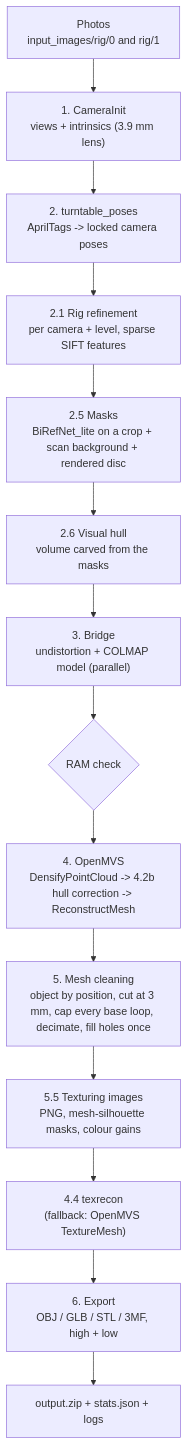
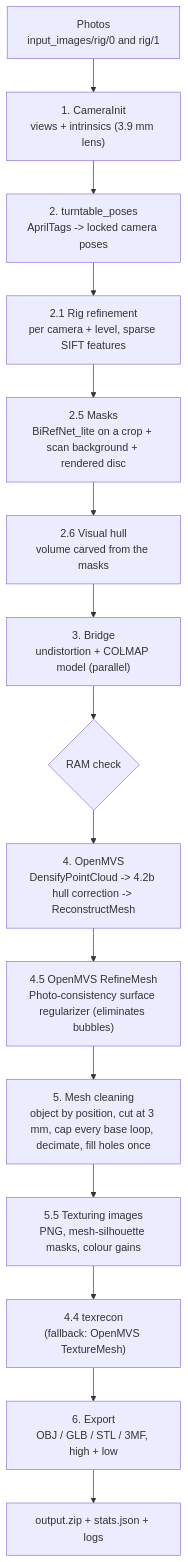
The diagram in README.md (AlinC10/photogrammetry_pipeline), drawn with Mermaid before and after one commit. The commit also changed other lines of this file and 20 other files, not shown here.

````diff
--- a/README.md
+++ b/README.md
@@ -17,16 +17,17 @@
 ```mermaid
 flowchart TD
     A["Photos<br/>input_images/rig/0 and rig/1"] --> B["1. CameraInit<br/>views + intrinsics (3.9 mm lens)"]
     B --> C["2. turntable_poses<br/>AprilTags -> locked camera poses"]
     C --> RR["2.1 Rig refinement<br/>per camera + level, sparse SIFT features"]
     RR --> D["2.5 Masks<br/>BiRefNet_lite on a crop + scan background + rendered disc"]
     D --> V["2.6 Visual hull<br/>volume carved from the masks"]
     V --> E["3. Bridge<br/>undistortion + COLMAP model (parallel)"]
     E --> R{"RAM check"}
     R --> F["4. OpenMVS<br/>DensifyPointCloud -> 4.2b hull correction -> ReconstructMesh"]
-    F --> G["5. Mesh cleaning<br/>object by position, cut at 3 mm, cap every base loop, decimate, fill holes once"]
+    F --> RF["4.5 OpenMVS RefineMesh<br/>Photo-consistency surface regularizer (eliminates bubbles)"]
+    RF --> G["5. Mesh cleaning<br/>object by position, cut at 3 mm, cap every base loop, decimate, fill holes once"]
     G --> H["5.5 Texturing images<br/>PNG, mesh-silhouette masks, colour gains"]
     H --> T["4.4 texrecon<br/>(fallback: OpenMVS TextureMesh)"]
     T --> X["6. Export<br/>OBJ / GLB / STL / 3MF, high + low"]
     X --> Z["output.zip + stats.json + logs"]
 ```
````
